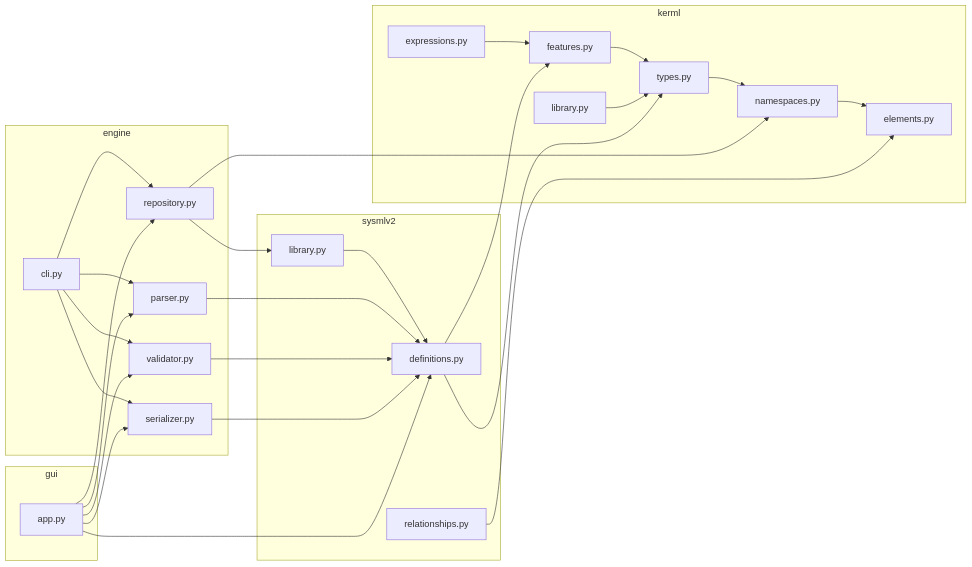
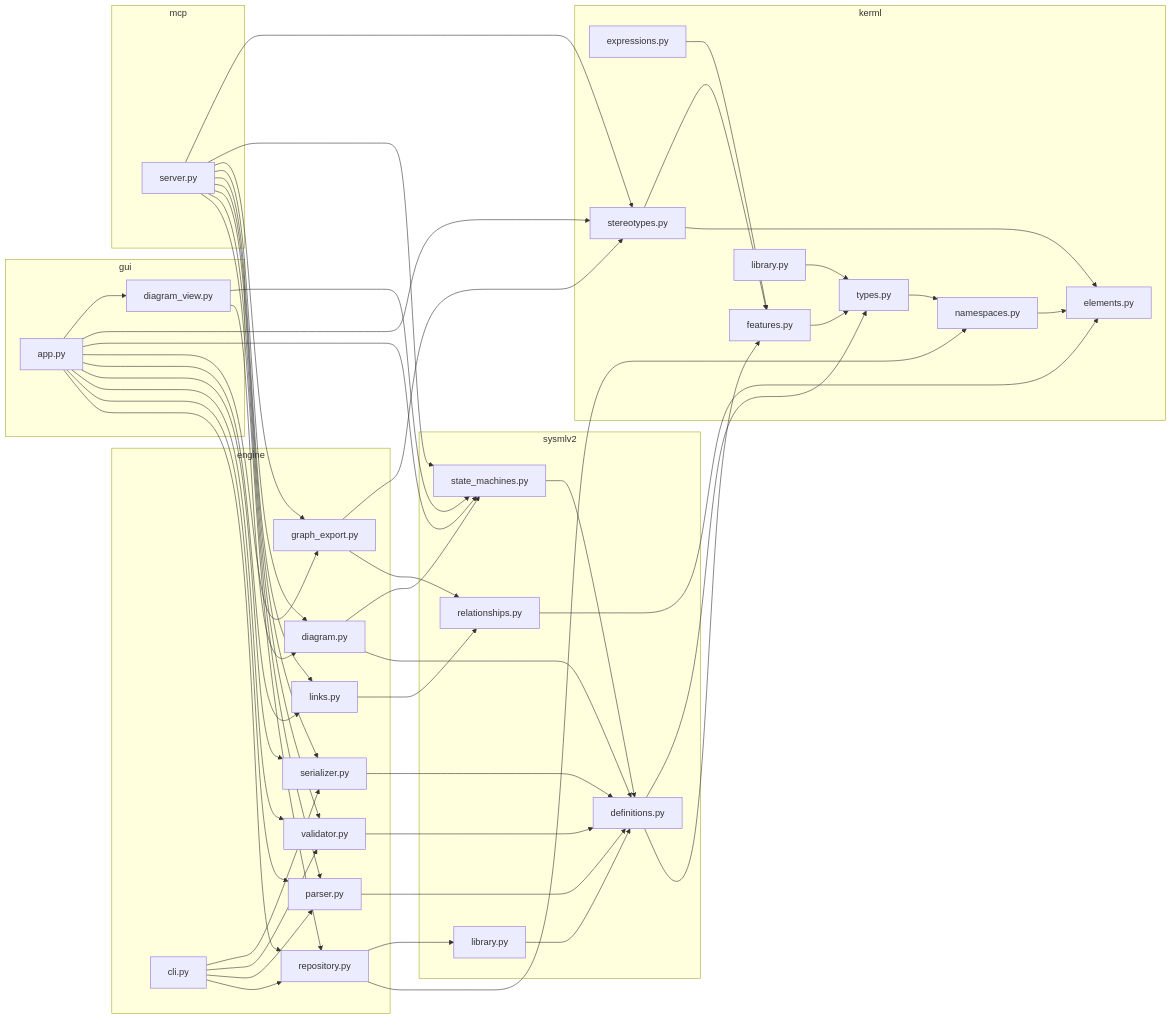
One commit to sudesh309/REQUIREMENT-FORMALISER changed diagram 12 of 12 in docs/ARCHITECTURE.md. Above: the diagram before and after it, drawn with Mermaid. The commit also changed other lines of this file and 2 other files, not shown here.

````diff
--- a/docs/ARCHITECTURE.md
+++ b/docs/ARCHITECTURE.md
@@ -362,50 +371,82 @@
 ```mermaid
 flowchart LR
     subgraph kerml
         kE[elements.py]
         kN[namespaces.py]
         kT[types.py]
         kF[features.py]
         kX[expressions.py]
+        kS[stereotypes.py]
         kL[library.py]
     end
     subgraph sysmlv2
         sD[definitions.py]
         sR[relationships.py]
+        sSM[state_machines.py]
         sL[library.py]
     end
     subgraph engine
         eR[repository.py]
         eP[parser.py]
         eV[validator.py]
         eS[serializer.py]
         eC[cli.py]
+        eL[links.py]
+        eD[diagram.py]
+        eK[graph_export.py]
     end
     subgraph gui
         gA[app.py]
+        gD[diagram_view.py]
+    end
+    subgraph mcp
+        mS[server.py]
     end
 
     kN --> kE
     kT --> kN
     kF --> kT
     kX --> kF
+    kS --> kE
+    kS --> kF
     kL --> kT
     sD --> kF
     sD --> kT
     sR --> kE
+    sSM --> sD
     sL --> sD
     eR --> kN
     eR --> sL
     eP --> sD
     eV --> sD
     eS --> sD
+    eL --> sR
+    eD --> sD
+    eD --> sSM
+    eK --> sR
+    eK --> kS
     eC --> eR
     eC --> eP
     eC --> eV
     eC --> eS
     gA --> eR
     gA --> eP
     gA --> eV
     gA --> eS
-    gA --> sD
+    gA --> eL
+    gA --> eK
+    gA --> sSM
+    gA --> kS
+    gA --> gD
+    gD --> eD
+    gD --> sSM
+    mS --> eR
+    mS --> eP
+    mS --> eV
+    mS --> eS
+    mS --> eL
+    mS --> eD
+    mS --> eK
+    mS --> sSM
+    mS --> kS
 ```
````
